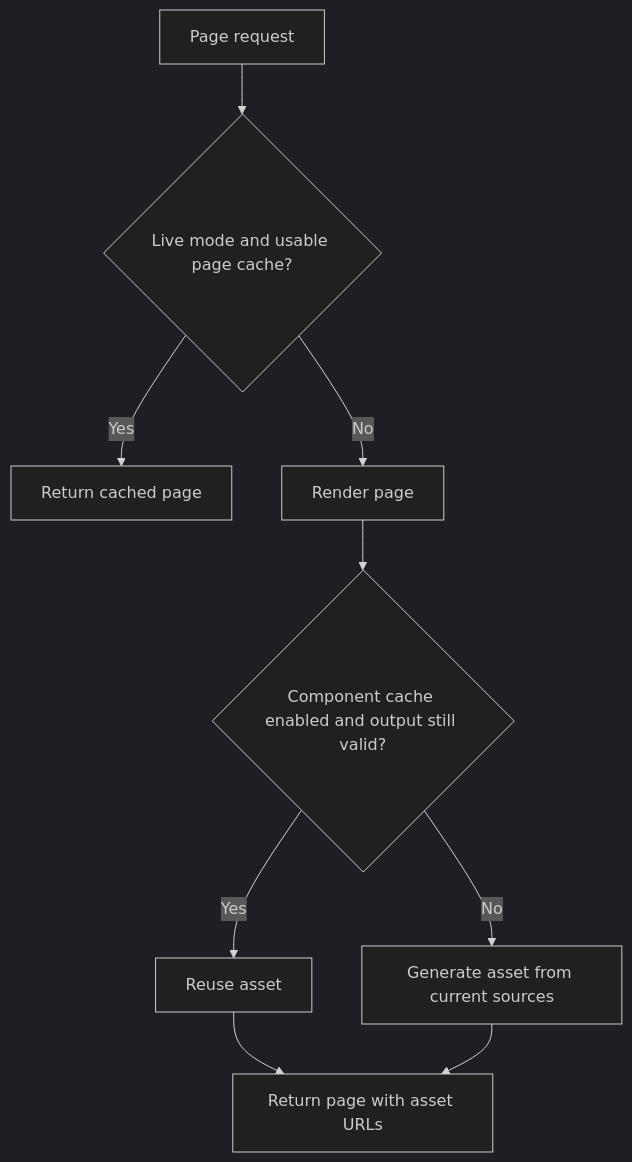
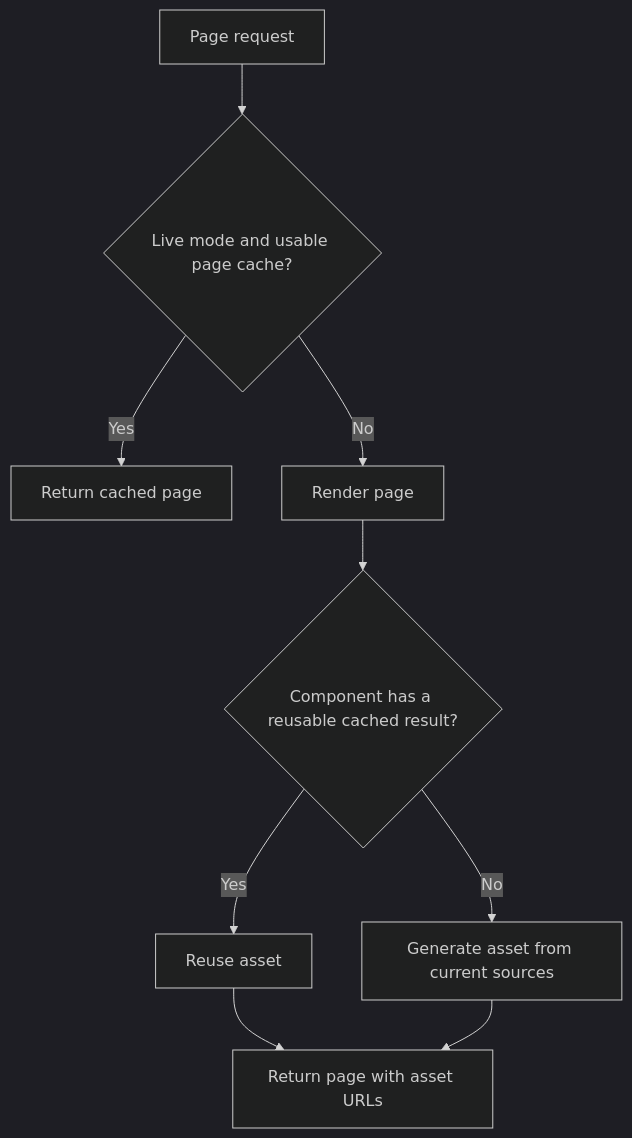
One commit to hyperbricks/hyperbricks changed the diagram in .agents/skills/hyperbricks/references/docs/ASSET_CACHING.md. Above: the diagram before and after it, drawn with Mermaid (dark theme). The commit also changed other lines of this file and 26 other files, not shown here.

````diff
--- a/.agents/skills/hyperbricks/references/docs/ASSET_CACHING.md
+++ b/.agents/skills/hyperbricks/references/docs/ASSET_CACHING.md
@@ -17,11 +18,11 @@
 ```mermaid
 flowchart TD
     REQUEST["Page request"] --> PAGE{"Live mode and usable page cache?"}
     PAGE -->|Yes| RETURN["Return cached page"]
     PAGE -->|No| RENDER["Render page"]
-    RENDER --> ASSET{"Component cache enabled and output still valid?"}
+    RENDER --> ASSET{"Component has a reusable cached result?"}
     ASSET -->|Yes| REUSE["Reuse asset"]
     ASSET -->|No| BUILD["Generate asset from current sources"]
     REUSE --> RESULT["Return page with asset URLs"]
     BUILD --> RESULT
 ```
````
